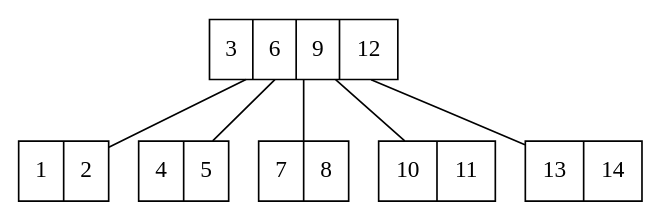
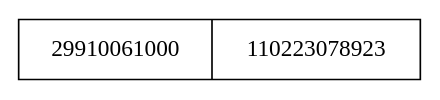
The diagram in Cliente/src/assets/graphviz/usuarios.dot (RojasCJP/EDD_VirtualMall_201900289), drawn with Graphviz before and after one commit. The commit also changed 18 other files, not shown here.

```diff
--- a/Cliente/src/assets/graphviz/usuarios.dot
+++ b/Cliente/src/assets/graphviz/usuarios.dot
@@ -1,14 +1,5 @@
 graph g {
 node [shape="record"];
-graph [rankdir="BT"];"36912" [label="3|6|9|12"];
-"12" [label="1|2"];
-"45" [label="4|5"];
-"78" [label="7|8"];
-"1011" [label="10|11"];
-"1314" [label="13|14"];
-"12"--"36912";
-"45"--"36912";
-"78"--"36912";
-"1011"--"36912";
-"1314"--"36912";
+graph [rankdir="BT"];"29910061000110223078923" [label="x%!(EXTRA [32]uint8=[6 124 2 221 40 97 228 123 79 245 182 115 122 239 128 251 88 72 220 197 218 196 111 204 65 138 78 148 150 179 57 238])|x%!(EXTRA [32]uint8=[180 96 177 152 33 136 241 29 23 95 96 237 103 0 39 225 175 221 22 85 137 25 254 71 2 62 205 56 50 158 11 127])"];
+"29910061000110223078923" [label="29910061000|110223078923"];
 }
```
